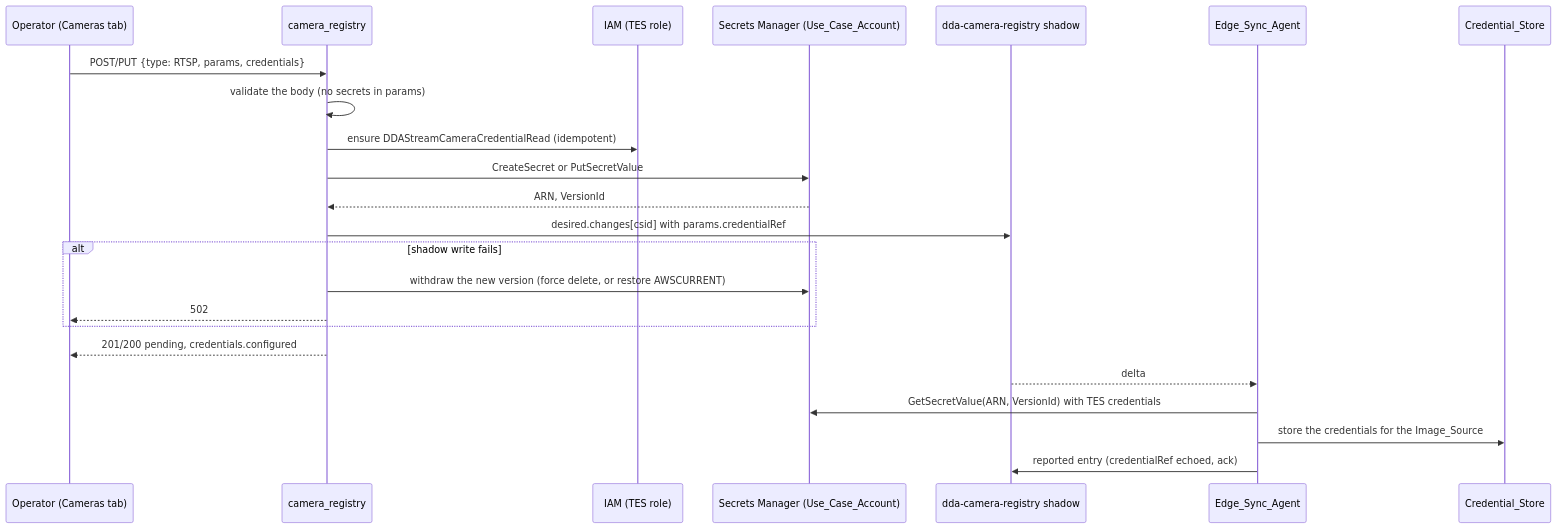
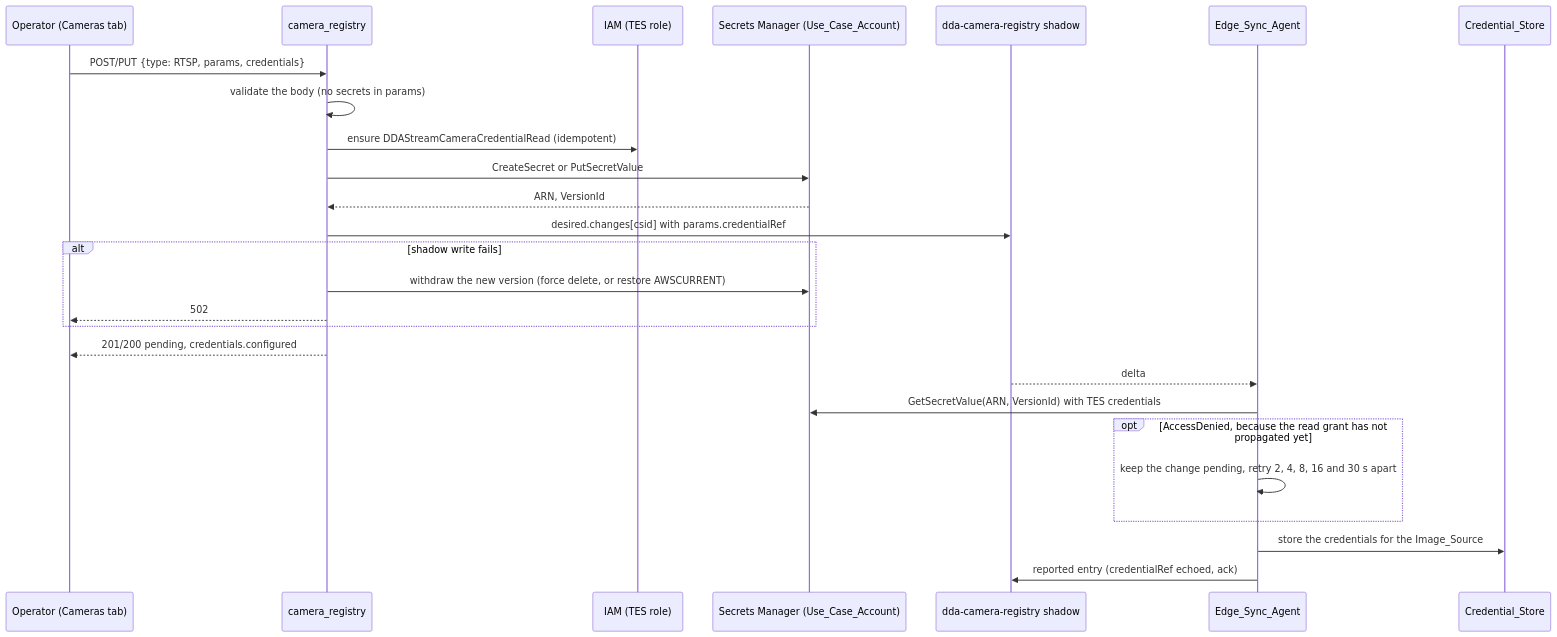
One commit to awslabs/DefectDetectionApplication changed the fourth of 4 diagrams in .kiro/specs/rtsp-rtmp-stream-cameras/design.md. Above: the diagram before and after it, drawn with Mermaid. The commit also changed other lines of this file and 70 other files, not shown here.

````diff
--- a/.kiro/specs/rtsp-rtmp-stream-cameras/design.md
+++ b/.kiro/specs/rtsp-rtmp-stream-cameras/design.md
@@ -197,25 +203,28 @@
 ```mermaid
 sequenceDiagram
   participant U as Operator (Cameras tab)
   participant CR as camera_registry
   participant IAM as IAM (TES role)
   participant SM as Secrets Manager (Use_Case_Account)
   participant SH as dda-camera-registry shadow
   participant A as Edge_Sync_Agent
   participant CS as Credential_Store
   U->>CR: POST/PUT {type: RTSP, params, credentials}
   CR->>CR: validate the body (no secrets in params)
   CR->>IAM: ensure DDAStreamCameraCredentialRead (idempotent)
   CR->>SM: CreateSecret or PutSecretValue
   SM-->>CR: ARN, VersionId
   CR->>SH: desired.changes[csid] with params.credentialRef
   alt shadow write fails
     CR->>SM: withdraw the new version (force delete, or restore AWSCURRENT)
     CR-->>U: 502
   end
   CR-->>U: 201/200 pending, credentials.configured
   SH-->>A: delta
   A->>SM: GetSecretValue(ARN, VersionId) with TES credentials
+  opt AccessDenied, because the read grant has not propagated yet
+    A->>A: keep the change pending, retry 2, 4, 8, 16 and 30 s apart
+  end
   A->>CS: store the credentials for the Image_Source
   A->>SH: reported entry (credentialRef echoed, ack)
 ```
````
